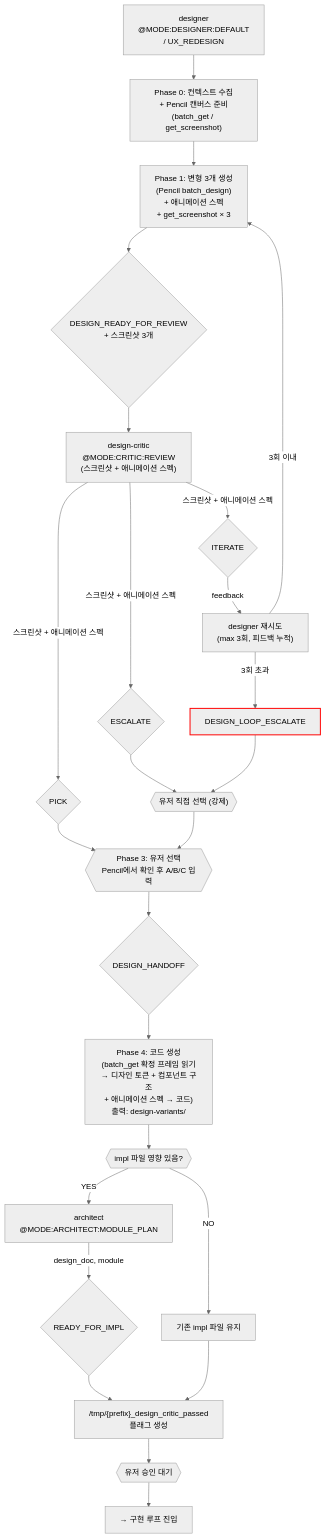
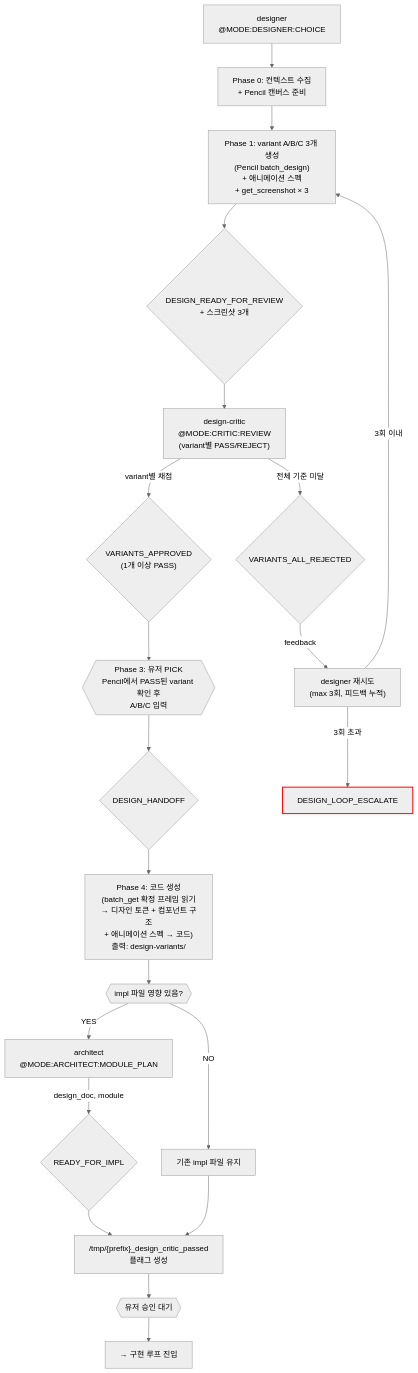
Before and after one commit to alruminum/ClaudeCodeAgentPrompt: the second of 2 diagrams in orchestration/design.md, drawn with Mermaid (neutral theme). The commit also changed other lines of this file and 10 other files, not shown here.

First line of the commit message:
feat(design): 디자인 루프 2모드 분리 — DEFAULT(1variant) / CHOICE(3variant)

````diff
--- a/orchestration/design.md
+++ b/orchestration/design.md
@@ -7,78 +78,71 @@
 ```mermaid
 flowchart TD
     DES["designer
-@MODE:DESIGNER:DEFAULT
-/ UX_REDESIGN"]
+@MODE:DESIGNER:CHOICE"]
     P0["Phase 0: 컨텍스트 수집
-+ Pencil 캔버스 준비
-(batch_get / get_screenshot)"]
-    P1["Phase 1: 변형 3개 생성
++ Pencil 캔버스 준비"]
+    P1["Phase 1: variant A/B/C 3개 생성
 (Pencil batch_design)
 + 애니메이션 스펙
 + get_screenshot × 3"]
     DRR{"DESIGN_READY_FOR_REVIEW
 + 스크린샷 3개"}
 
     CRITIC["design-critic
 @MODE:CRITIC:REVIEW
-(스크린샷 + 애니메이션 스펙)"]
+(variant별 PASS/REJECT)"]
 
-    PICK{"PICK"}
-    ITERATE{"ITERATE"}
-    ESC_CRITIC{"ESCALATE"}
-
+    APPROVED{"VARIANTS_APPROVED
+(1개 이상 PASS)"}
+    ALL_REJ{"VARIANTS_ALL_REJECTED"}
     DES_RETRY["designer 재시도
 (max 3회, 피드백 누적)"]
     DLE["DESIGN_LOOP_ESCALATE"]:::escalation
-    USER_PICK{{"유저 직접 선택 (강제)"}}
 
-    PHASE3{{"Phase 3: 유저 선택
-Pencil에서 확인 후 A/B/C 입력"}}
+    PHASE3{{"Phase 3: 유저 PICK
+Pencil에서 PASS된 variant 확인 후
+A/B/C 입력"}}
     HANDOFF{"DESIGN_HANDOFF"}
 
     P4["Phase 4: 코드 생성
 (batch_get 확정 프레임 읽기
 → 디자인 토큰 + 컴포넌트 구조
 + 애니메이션 스펙 → 코드)
 출력: design-variants/"]
 
     IMPL_CHK{{"impl 파일 영향 있음?"}}
     ARC_MP["architect
 @MODE:ARCHITECT:MODULE_PLAN"]
     RFI{"READY_FOR_IMPL"}
     KEEP["기존 impl 파일 유지"]
 
     FLAG["/tmp/{prefix}_design_critic_passed
 플래그 생성"]
     USER_APPROVE{{"유저 승인 대기"}}
     IMPL_ENTRY["→ 구현 루프 진입"]
 
     DES --> P0
     P0 --> P1
     P1 --> DRR
     DRR --> CRITIC
-    CRITIC -->|"스크린샷 + 애니메이션 스펙"| PICK
-    CRITIC -->|"스크린샷 + 애니메이션 스펙"| ITERATE
-    CRITIC -->|"스크린샷 + 애니메이션 스펙"| ESC_CRITIC
+    CRITIC -->|"variant별 채점"| APPROVED
+    CRITIC -->|"전체 기준 미달"| ALL_REJ
 
-    PICK --> PHASE3
-    ITERATE -->|feedback| DES_RETRY
+    APPROVED --> PHASE3
+    ALL_REJ -->|feedback| DES_RETRY
     DES_RETRY -->|"3회 초과"| DLE
     DES_RETRY -->|"3회 이내"| P1
-    ESC_CRITIC --> USER_PICK
-    DLE --> USER_PICK
-    USER_PICK --> PHASE3
 
     PHASE3 --> HANDOFF
     HANDOFF --> P4
     P4 --> IMPL_CHK
     IMPL_CHK -->|YES| ARC_MP
     ARC_MP -->|"design_doc, module"| RFI
     IMPL_CHK -->|NO| KEEP
     RFI --> FLAG
     KEEP --> FLAG
     FLAG --> USER_APPROVE
     USER_APPROVE --> IMPL_ENTRY
 
     classDef escalation stroke:#f00,stroke-width:2px
 ```
````
